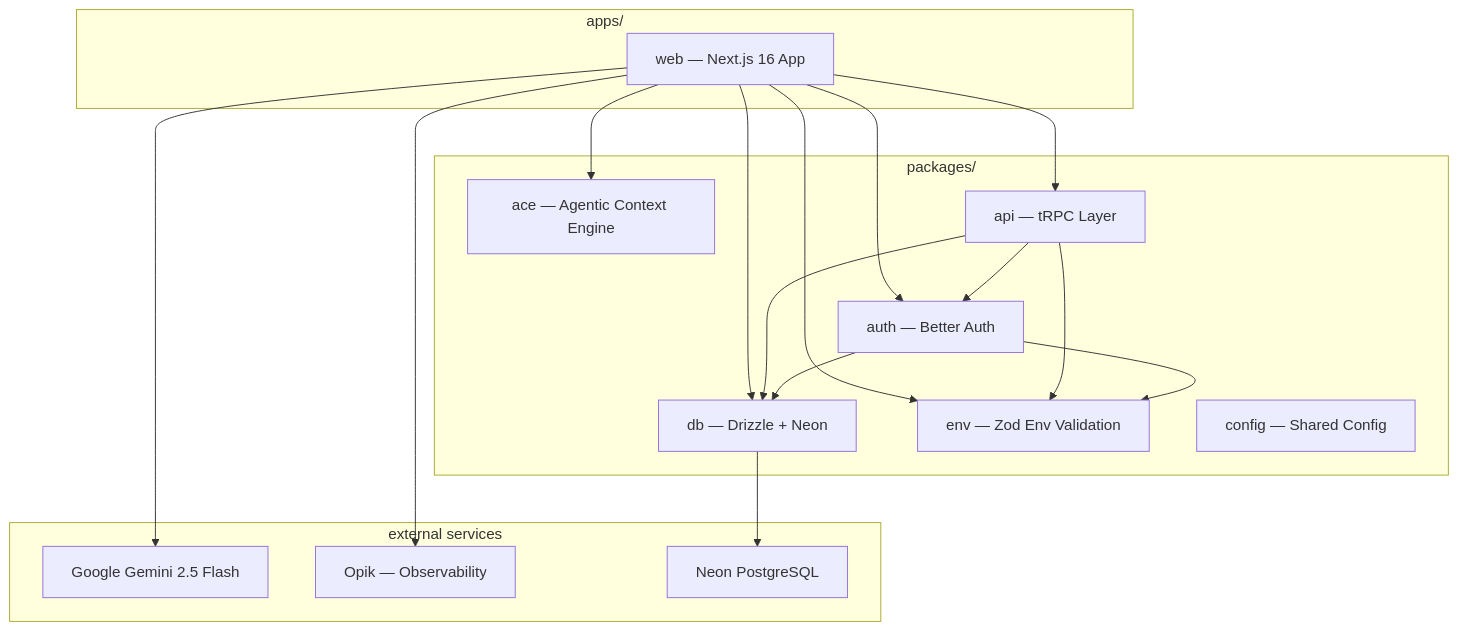
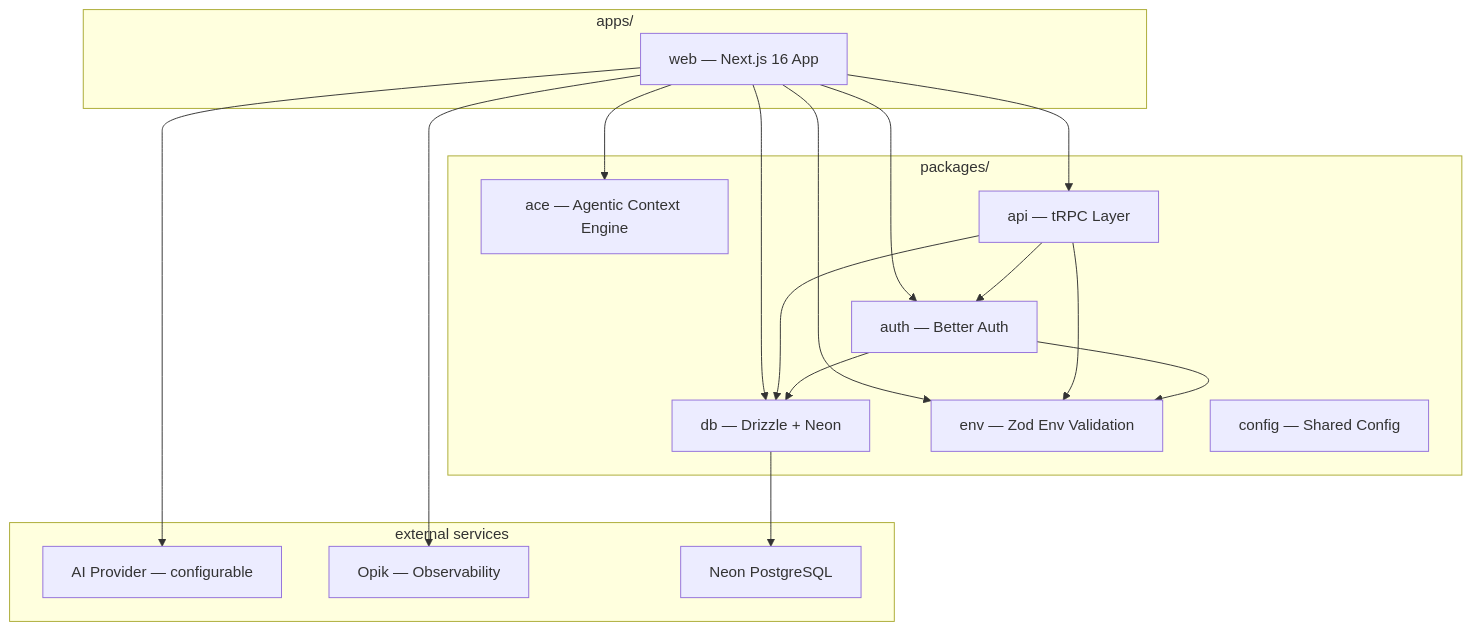
Before and after one commit to armelhbobdad/pause: the diagram in README.md, drawn with Mermaid. The commit also changed other lines of this file and 17 other files, not shown here.

First line of the commit message:
feat: add multi-provider AI model abstraction with Zhipu GLM-4.7-Flash default

````diff
--- a/README.md
+++ b/README.md
@@ -29,35 +29,35 @@
 ```mermaid
 graph TB
     subgraph "apps/"
         WEB[web — Next.js 16 App]
     end
 
     subgraph "packages/"
         ACE[ace — Agentic Context Engine]
         API[api — tRPC Layer]
         AUTH[auth — Better Auth]
         DB[db — Drizzle + Neon]
         ENV[env — Zod Env Validation]
         CFG[config — Shared Config]
     end
 
     subgraph "external services"
-        GEMINI[Google Gemini 2.5 Flash]
+        LLM[AI Provider — configurable]
         OPIK[Opik — Observability]
         NEON[Neon PostgreSQL]
     end
 
     WEB --> API
     WEB --> AUTH
     WEB --> DB
     WEB --> ACE
     WEB --> ENV
-    WEB --> GEMINI
+    WEB --> LLM
     WEB --> OPIK
     API --> AUTH
     API --> DB
     API --> ENV
     DB --> NEON
     AUTH --> DB
     AUTH --> ENV
 ```
````
